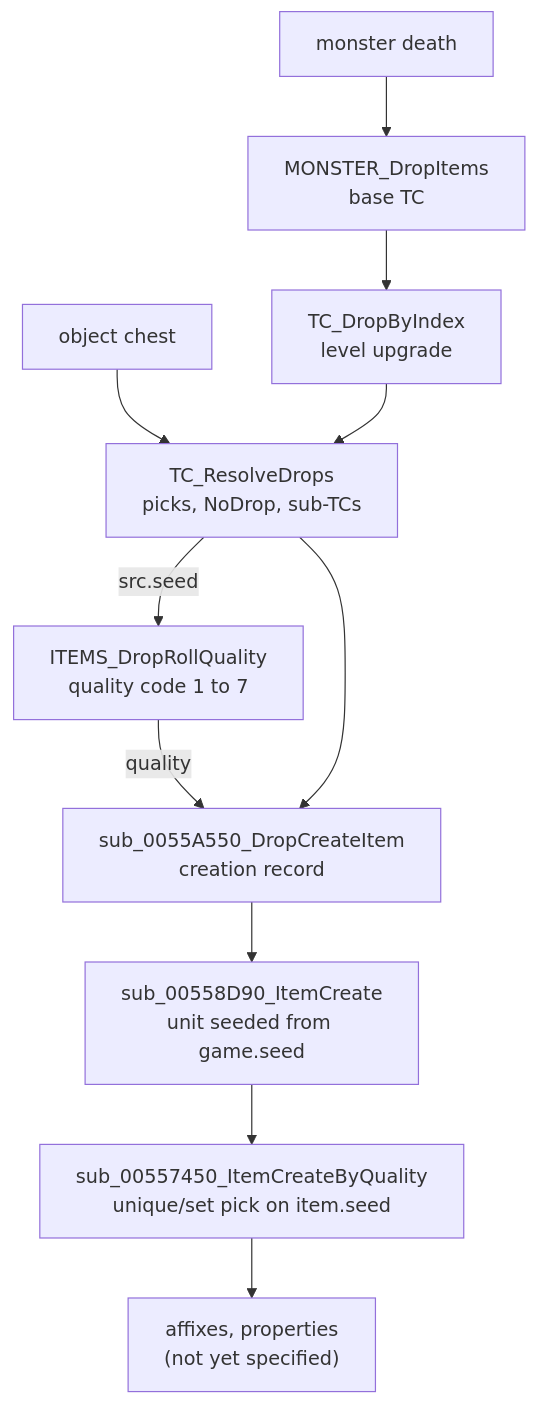
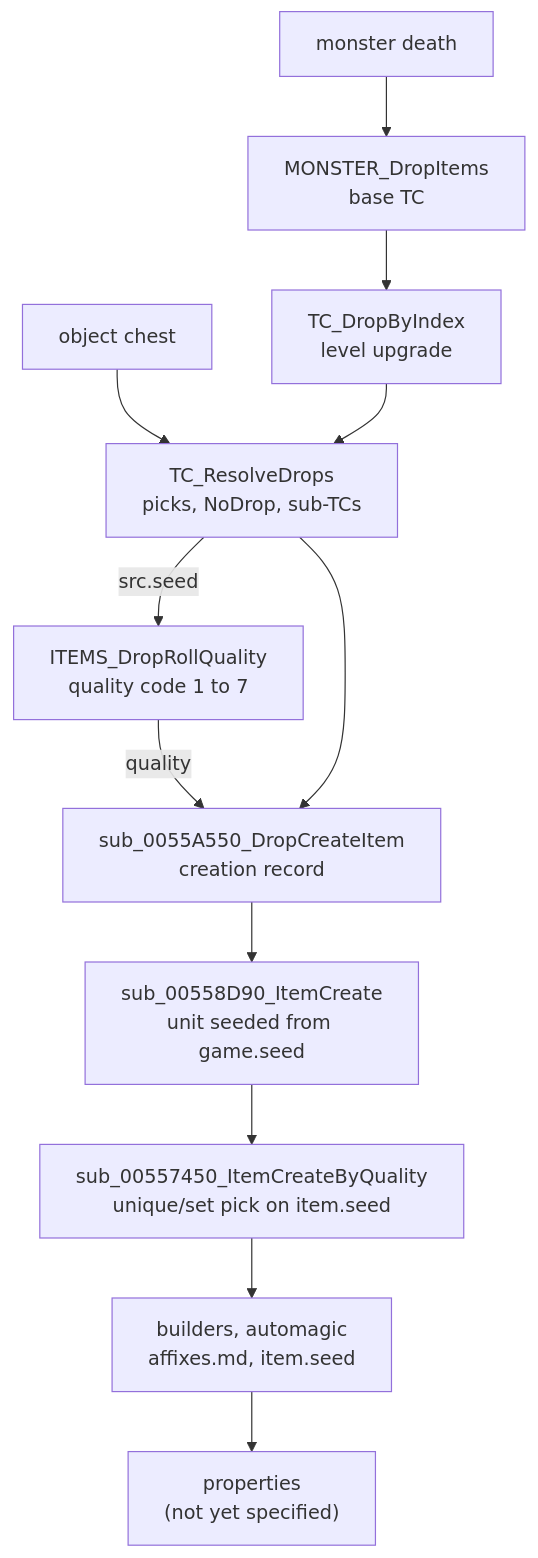
Before and after one commit to IgorKonovalov/diablo-2-recompilation: the diagram in docs/specs/items/README.md, drawn with Mermaid. The commit also changed other lines of this file and 4 other files, not shown here.

````diff
--- a/docs/specs/items/README.md
+++ b/docs/specs/items/README.md
@@ -31,13 +32,14 @@
 ```mermaid
 flowchart TD
   death["monster death"] --> MD["MONSTER_DropItems<br/>base TC"]
   chest["object chest"] --> R
   MD --> UP["TC_DropByIndex<br/>level upgrade"]
   UP --> R["TC_ResolveDrops<br/>picks, NoDrop, sub-TCs"]
   R -->|"src.seed"| Q["ITEMS_DropRollQuality<br/>quality code 1 to 7"]
   Q -->|"quality"| C
   R --> C["sub_0055A550_DropCreateItem<br/>creation record"]
   C --> IC["sub_00558D90_ItemCreate<br/>unit seeded from game.seed"]
   IC --> US["sub_00557450_ItemCreateByQuality<br/>unique/set pick on item.seed"]
-  US --> later["affixes, properties<br/>(not yet specified)"]
+  US --> AF["builders, automagic<br/>affixes.md, item.seed"]
+  AF --> later["properties<br/>(not yet specified)"]
 ```
````
